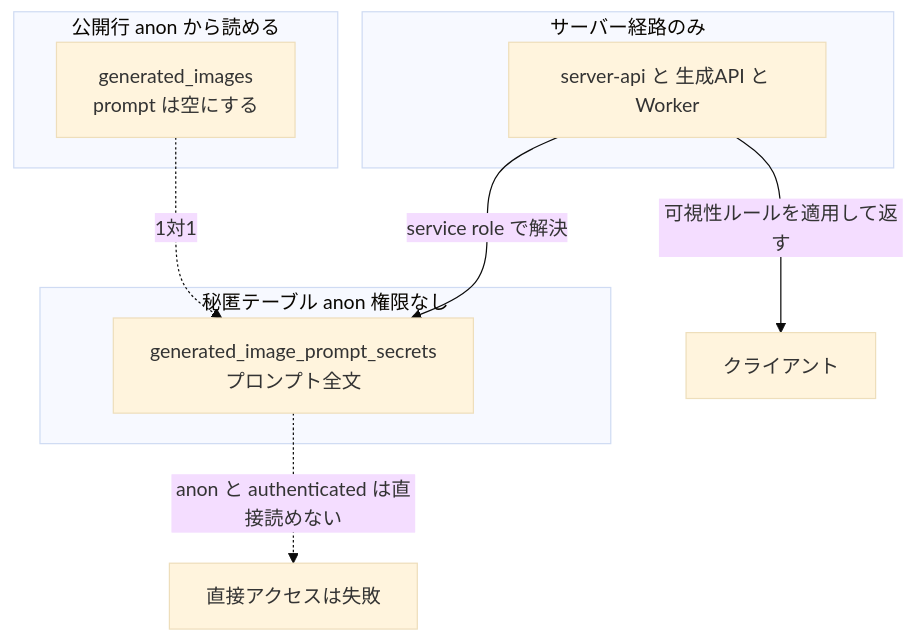
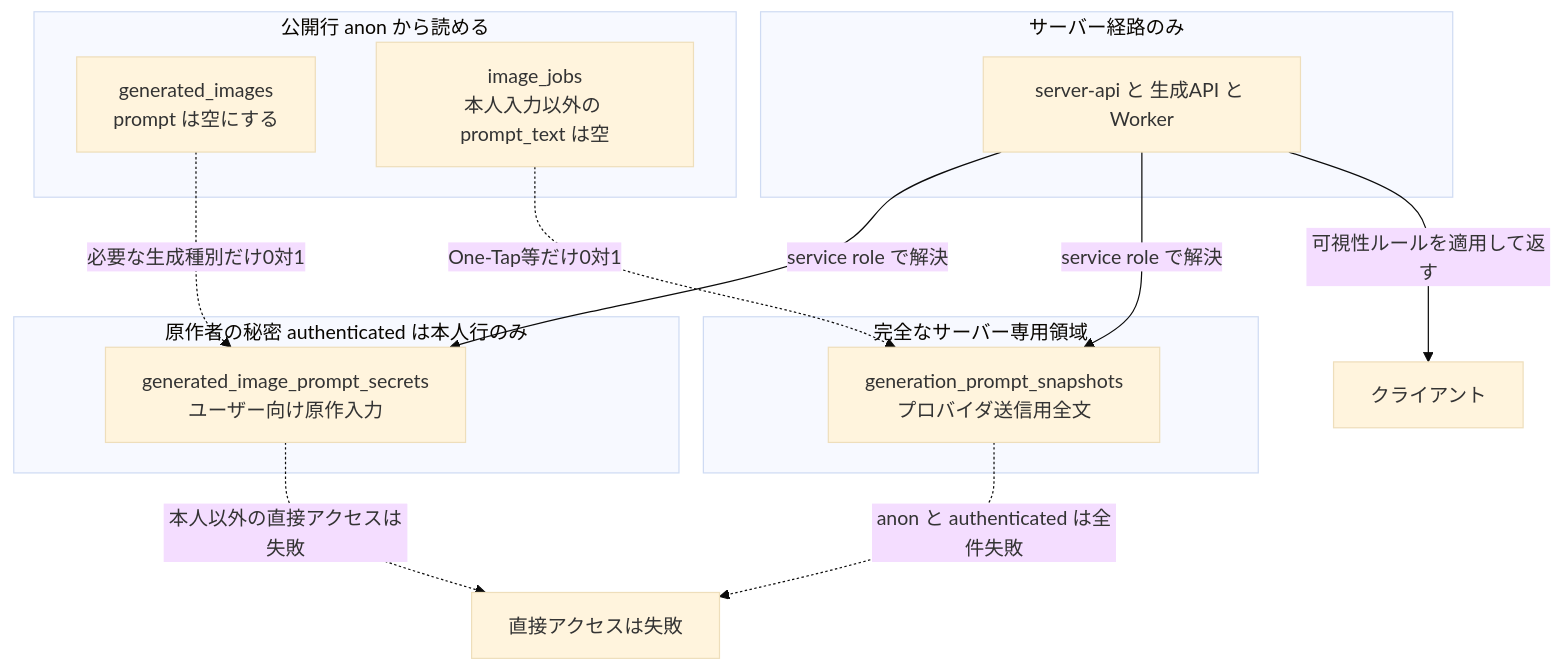
One commit to 3balljugglerYu/ai_coordinate changed the first of 6 diagrams in docs/planning/free-prompt-private-mode-implementation-plan.md. Above: the diagram before and after it, drawn with Mermaid (base theme). The commit also changed other lines of this file, not shown here.

Commit message:
docs(plan): harden private prompt rollout plan

````diff
--- a/docs/planning/free-prompt-private-mode-implementation-plan.md
+++ b/docs/planning/free-prompt-private-mode-implementation-plan.md
@@ -131,16 +155,23 @@
 ```mermaid
 flowchart TB
     subgraph public["公開行 anon から読める"]
         GI["generated_images<br/>prompt は空にする"]
+        J["image_jobs<br/>本人入力以外の prompt_text は空"]
     end
-    subgraph secret["秘匿テーブル anon 権限なし"]
-        PS["generated_image_prompt_secrets<br/>プロンプト全文"]
+    subgraph authorsecret["原作者の秘密 authenticated は本人行のみ"]
+        PS["generated_image_prompt_secrets<br/>ユーザー向け原作入力"]
+    end
+    subgraph servicesec["完全なサーバー専用領域"]
+        GS["generation_prompt_snapshots<br/>プロバイダ送信用全文"]
     end
     subgraph server["サーバー経路のみ"]
         API["server-api と 生成API と Worker"]
     end
-    GI -.->|"1対1"| PS
+    GI -.->|"必要な生成種別だけ0対1"| PS
+    J -.->|"One-Tap等だけ0対1"| GS
     API -->|"service role で解決"| PS
+    API -->|"service role で解決"| GS
     API -->|"可視性ルールを適用して返す"| U["クライアント"]
-    PS -.->|"anon と authenticated は直接読めない"| X["直接アクセスは失敗"]
+    PS -.->|"本人以外の直接アクセスは失敗"| X["直接アクセスは失敗"]
+    GS -.->|"anon と authenticated は全件失敗"| X
 ```
````
